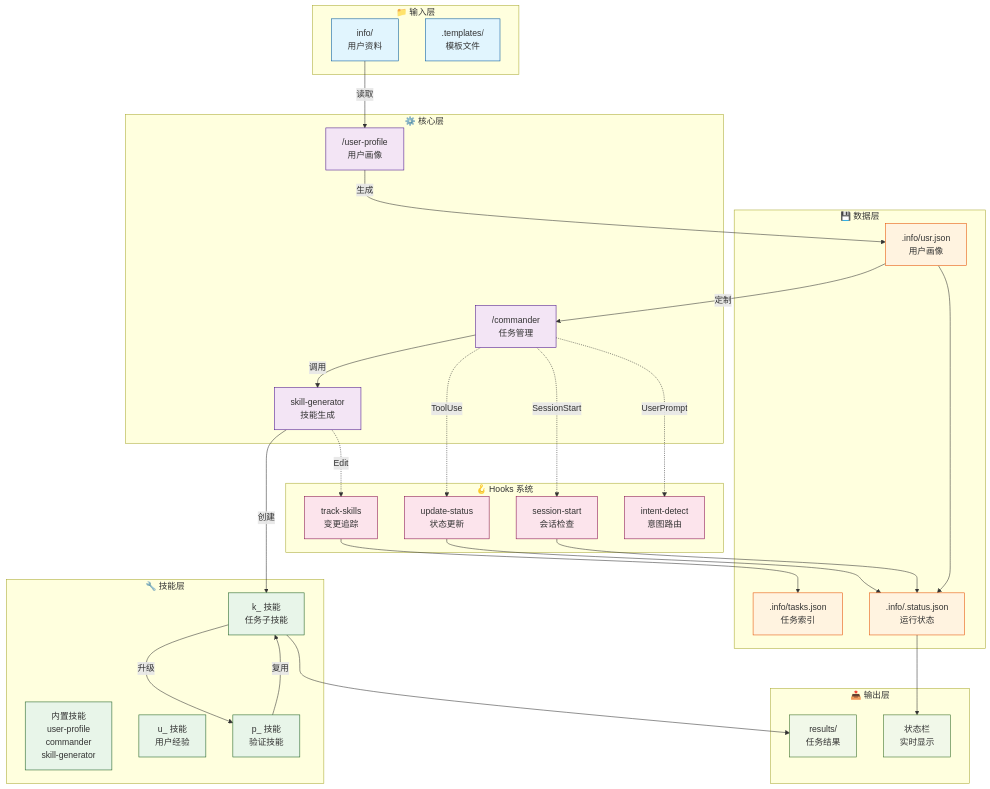
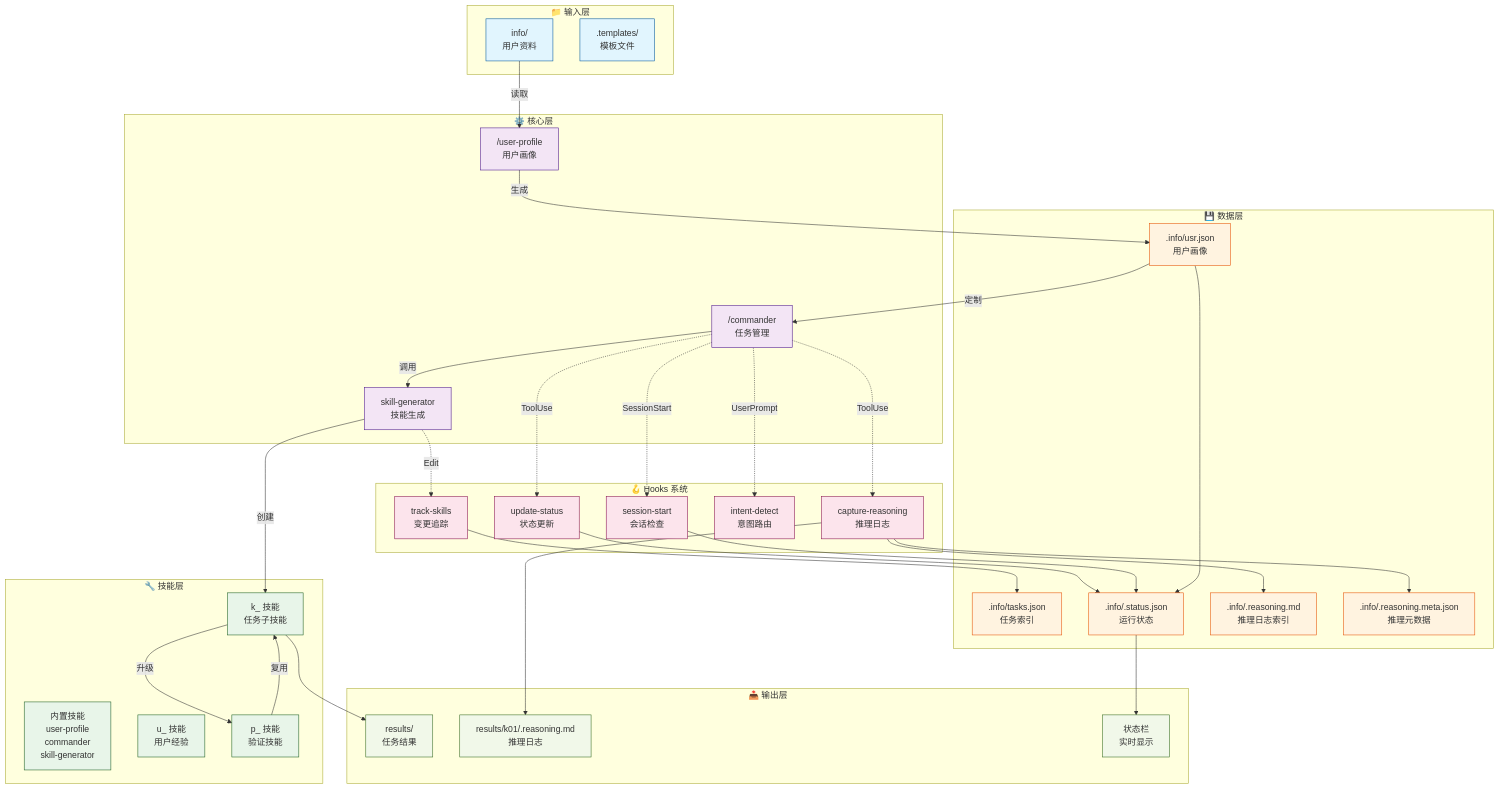
The diagram in README.md (gqy20/Skills_demo), drawn with Mermaid before and after one commit. The commit also changed other lines of this file and 1 other file, not shown here.

First line of the commit message:
docs: update README and hooks documentation for reasoning log system

````diff
--- a/README.md
+++ b/README.md
@@ -21,6 +21,8 @@
         USR[".info/usr.json<br/>用户画像"]
         TASKS[".info/tasks.json<br/>任务索引"]
         STATUS[".info/.status.json<br/>运行状态"]
+        REASON[".info/.reasoning.md<br/>推理日志索引"]
+        META[".info/.reasoning.meta.json<br/>推理元数据"]
     end
 
     subgraph Skills["🔧 技能层"]
@@ -35,10 +37,12 @@
         UT["update-status<br/>状态更新"]
         TS["track-skills<br/>变更追踪"]
         ID["intent-detect<br/>意图路由"]
+        CR["capture-reasoning<br/>推理日志"]
     end
 
     subgraph Output["📤 输出层"]
         RESULTS["results/<br/>任务结果"]
+        REASON_FILES["results/k01/.reasoning.md<br/>推理日志"]
         STATUSLINE["状态栏<br/>实时显示"]
     end
 
@@ -55,15 +59,19 @@
     CMD -.->|SessionStart| SS
     CMD -.->|UserPrompt| ID
     CMD -.->|ToolUse| UT
+    CMD -.->|ToolUse| CR
     SG -.->|Edit| TS
 
     %% 状态更新
     UT --> STATUS
     TS --> TASKS
     SS --> STATUS
+    CR --> REASON
+    CR --> META
 
     %% 输出
     KSKILL --> RESULTS
+    CR --> REASON_FILES
     STATUS --> STATUSLINE
     USR --> STATUS
 
@@ -77,8 +85,8 @@
 
     class INFO,TEMPLATES inputStyle
     class UP,CMD,SG coreStyle
-    class USR,TASKS,STATUS dataStyle
+    class USR,TASKS,STATUS,REASON,META dataStyle
     class BUILTIN,USKILL,PSKILL,KSKILL skillStyle
-    class SS,UT,TS,ID hookStyle
-    class RESULTS,STATUSLINE outputStyle
+    class SS,UT,TS,ID,CR hookStyle
+    class RESULTS,REASON_FILES,STATUSLINE outputStyle
 ```
````
